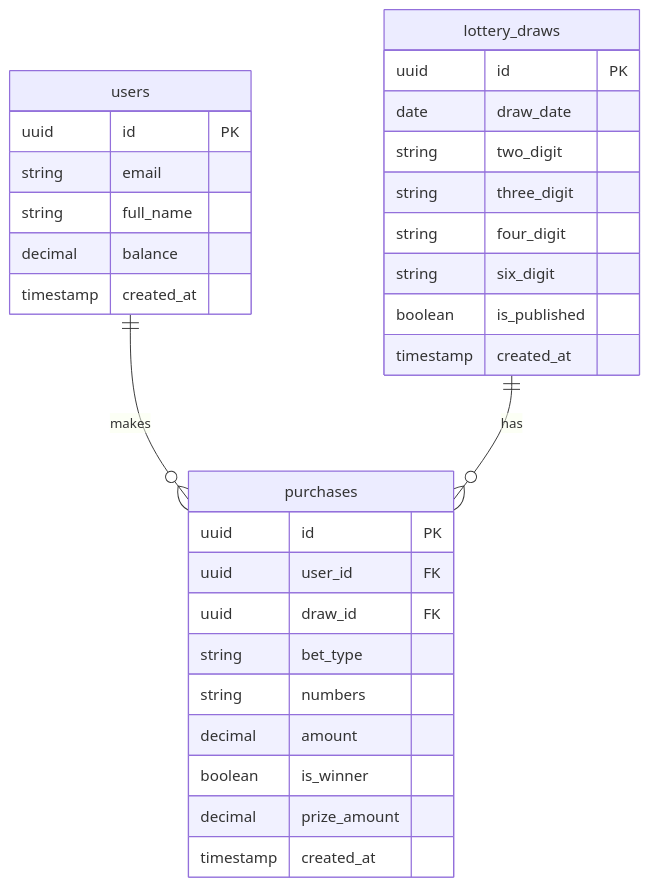
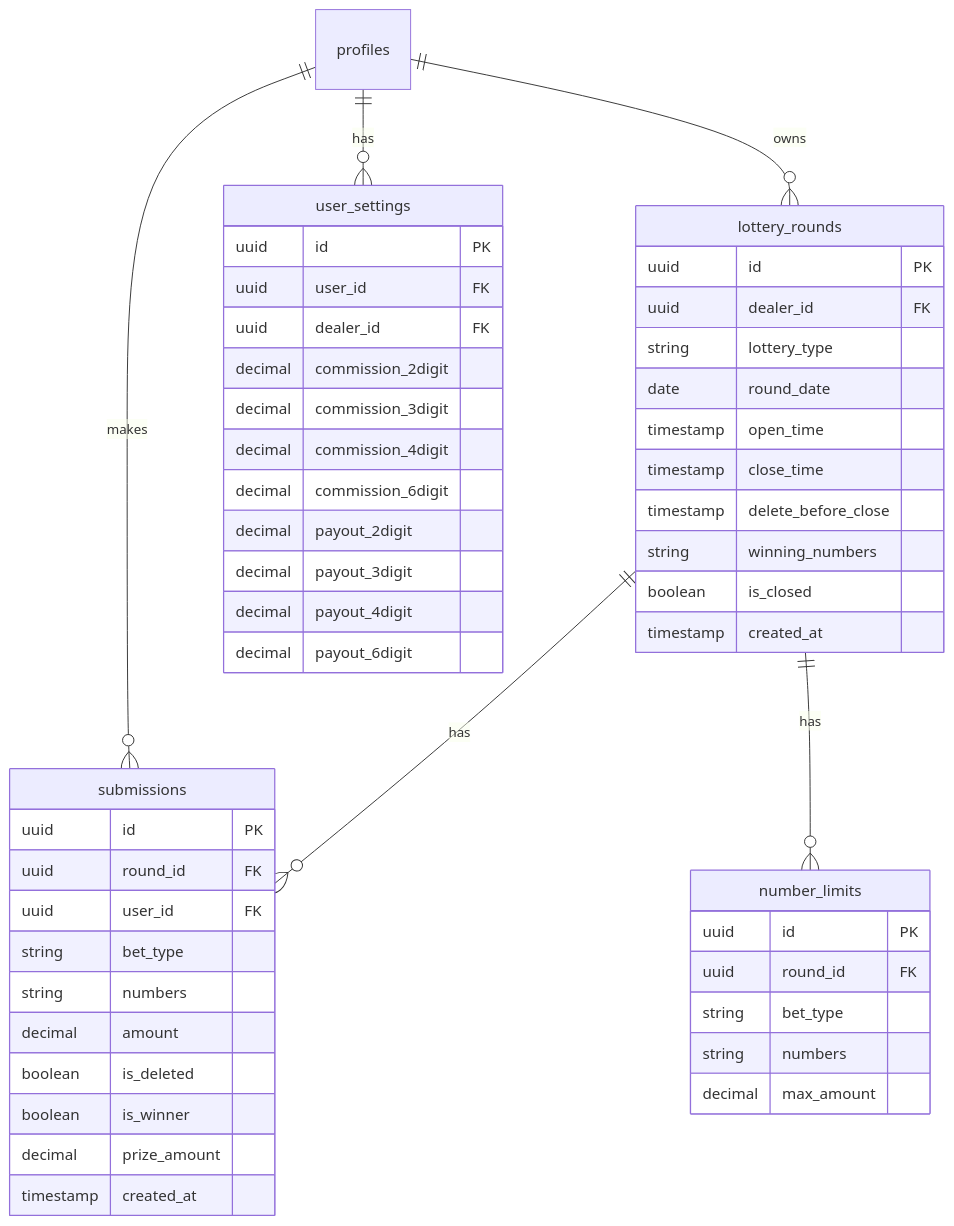
One commit to jimmycharn/Lao_Lotto changed the diagram in docs/implementation_plan.md. Above: the diagram before and after it, drawn with Mermaid. The commit also changed other lines of this file and 18 other files, not shown here.

````diff
--- a/docs/implementation_plan.md
+++ b/docs/implementation_plan.md
@@ -90,36 +59,56 @@
 ```mermaid
 erDiagram
-    users ||--o{ purchases : makes
-    lottery_draws ||--o{ purchases : has
+    profiles ||--o{ lottery_rounds : owns
+    lottery_rounds ||--o{ submissions : has
+    profiles ||--o{ submissions : makes
+    profiles ||--o{ user_settings : has
+    lottery_rounds ||--o{ number_limits : has
     
-    users {
+    lottery_rounds {
         uuid id PK
-        string email
-        string full_name
-        decimal balance
+        uuid dealer_id FK
+        string lottery_type
+        date round_date
+        timestamp open_time
+        timestamp close_time
+        timestamp delete_before_close
+        string winning_numbers
+        boolean is_closed
         timestamp created_at
     }
     
-    lottery_draws {
+    submissions {
         uuid id PK
-        date draw_date
-        string two_digit
-        string three_digit
-        string four_digit
-        string six_digit
-        boolean is_published
-        timestamp created_at
-    }
-    
-    purchases {
-        uuid id PK
+        uuid round_id FK
         uuid user_id FK
-        uuid draw_id FK
         string bet_type
         string numbers
         decimal amount
+        boolean is_deleted
         boolean is_winner
         decimal prize_amount
         timestamp created_at
     }
+    
+    user_settings {
+        uuid id PK
+        uuid user_id FK
+        uuid dealer_id FK
+        decimal commission_2digit
+        decimal commission_3digit
+        decimal commission_4digit
+        decimal commission_6digit
+        decimal payout_2digit
+        decimal payout_3digit
+        decimal payout_4digit
+        decimal payout_6digit
+    }
+    
+    number_limits {
+        uuid id PK
+        uuid round_id FK
+        string bet_type
+        string numbers
+        decimal max_amount
+    }
 ```
````
